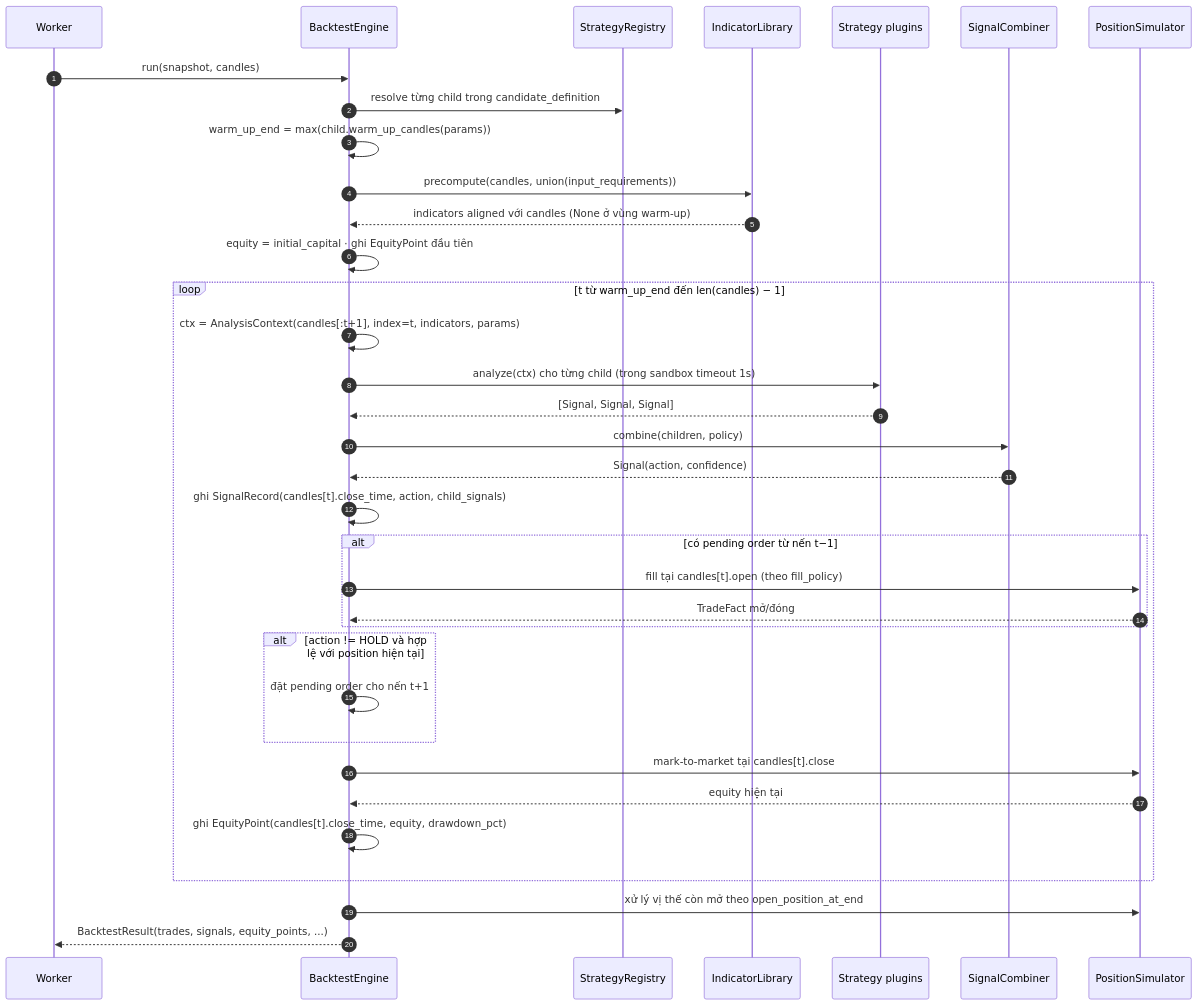
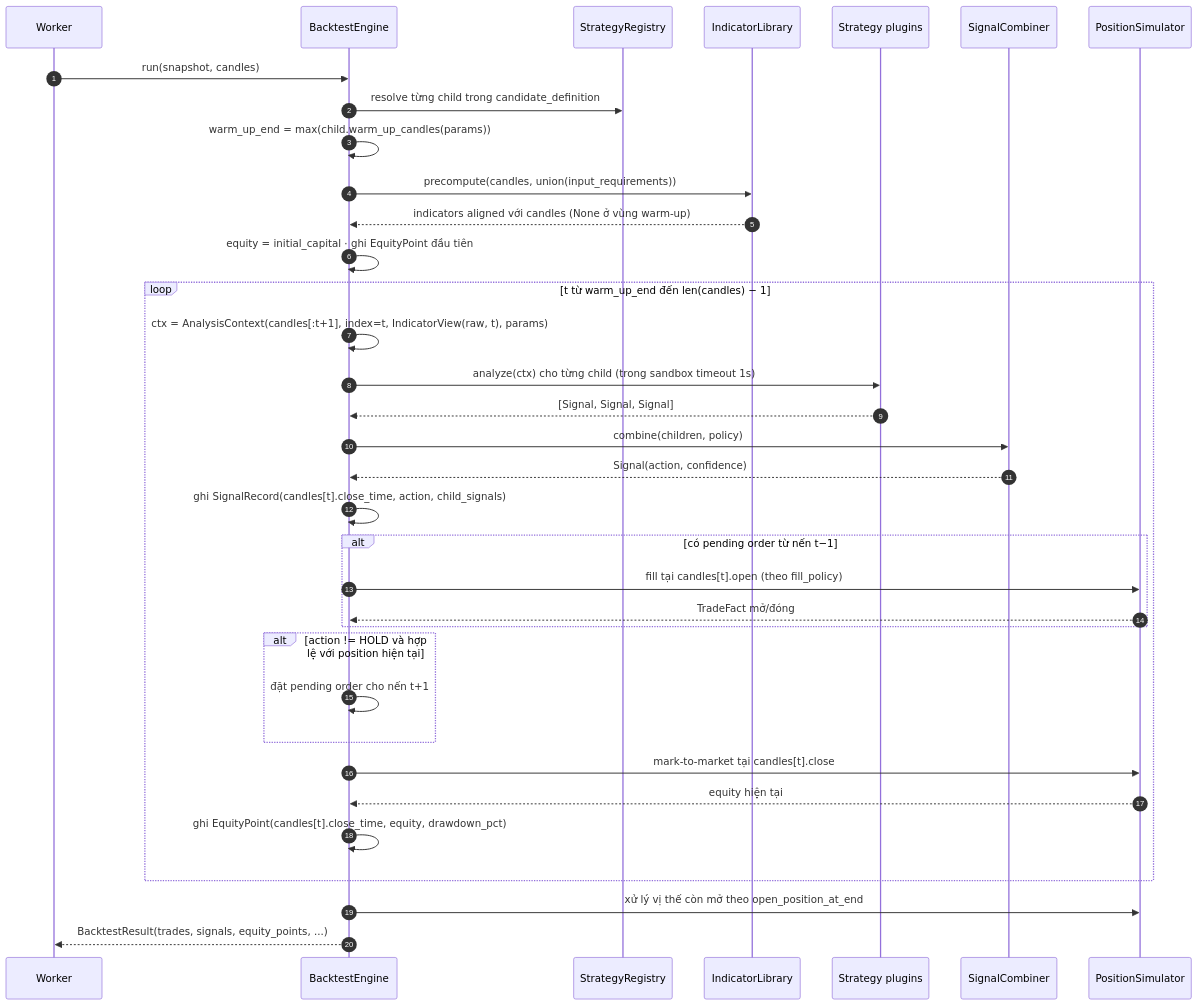
The first of 2 diagrams in blueprint/specs/backtest.md (EnsoTech-Studio/CryptoBot), drawn with Mermaid before and after one commit. The commit also changed other lines of this file and 30 other files, not shown here.

````diff
--- a/blueprint/specs/backtest.md
+++ b/blueprint/specs/backtest.md
@@ -83,44 +113,44 @@
 ```mermaid
 sequenceDiagram
     autonumber
     participant W as Worker
     participant BE as BacktestEngine
     participant REG as StrategyRegistry
     participant IND as IndicatorLibrary
     participant STR as Strategy plugins
     participant CMB as SignalCombiner
     participant POS as PositionSimulator
 
     W->>BE: run(snapshot, candles)
     BE->>REG: resolve từng child trong candidate_definition
     BE->>BE: warm_up_end = max(child.warm_up_candles(params))
     BE->>IND: precompute(candles, union(input_requirements))
     IND-->>BE: indicators aligned với candles (None ở vùng warm-up)
 
     BE->>BE: equity = initial_capital · ghi EquityPoint đầu tiên
 
     loop t từ warm_up_end đến len(candles) − 1
-        BE->>BE: ctx = AnalysisContext(candles[:t+1], index=t, indicators, params)
+        BE->>BE: ctx = AnalysisContext(candles[:t+1], index=t, IndicatorView(raw, t), params)
         BE->>STR: analyze(ctx) cho từng child (trong sandbox timeout 1s)
         STR-->>BE: [Signal, Signal, Signal]
         BE->>CMB: combine(children, policy)
         CMB-->>BE: Signal(action, confidence)
         BE->>BE: ghi SignalRecord(candles[t].close_time, action, child_signals)
 
         alt có pending order từ nến t−1
             BE->>POS: fill tại candles[t].open (theo fill_policy)
             POS-->>BE: TradeFact mở/đóng
         end
 
         alt action != HOLD và hợp lệ với position hiện tại
             BE->>BE: đặt pending order cho nến t+1
         end
 
         BE->>POS: mark-to-market tại candles[t].close
         POS-->>BE: equity hiện tại
         BE->>BE: ghi EquityPoint(candles[t].close_time, equity, drawdown_pct)
     end
 
     BE->>POS: xử lý vị thế còn mở theo open_position_at_end
     BE-->>W: BacktestResult(trades, signals, equity_points, ...)
 ```
````
